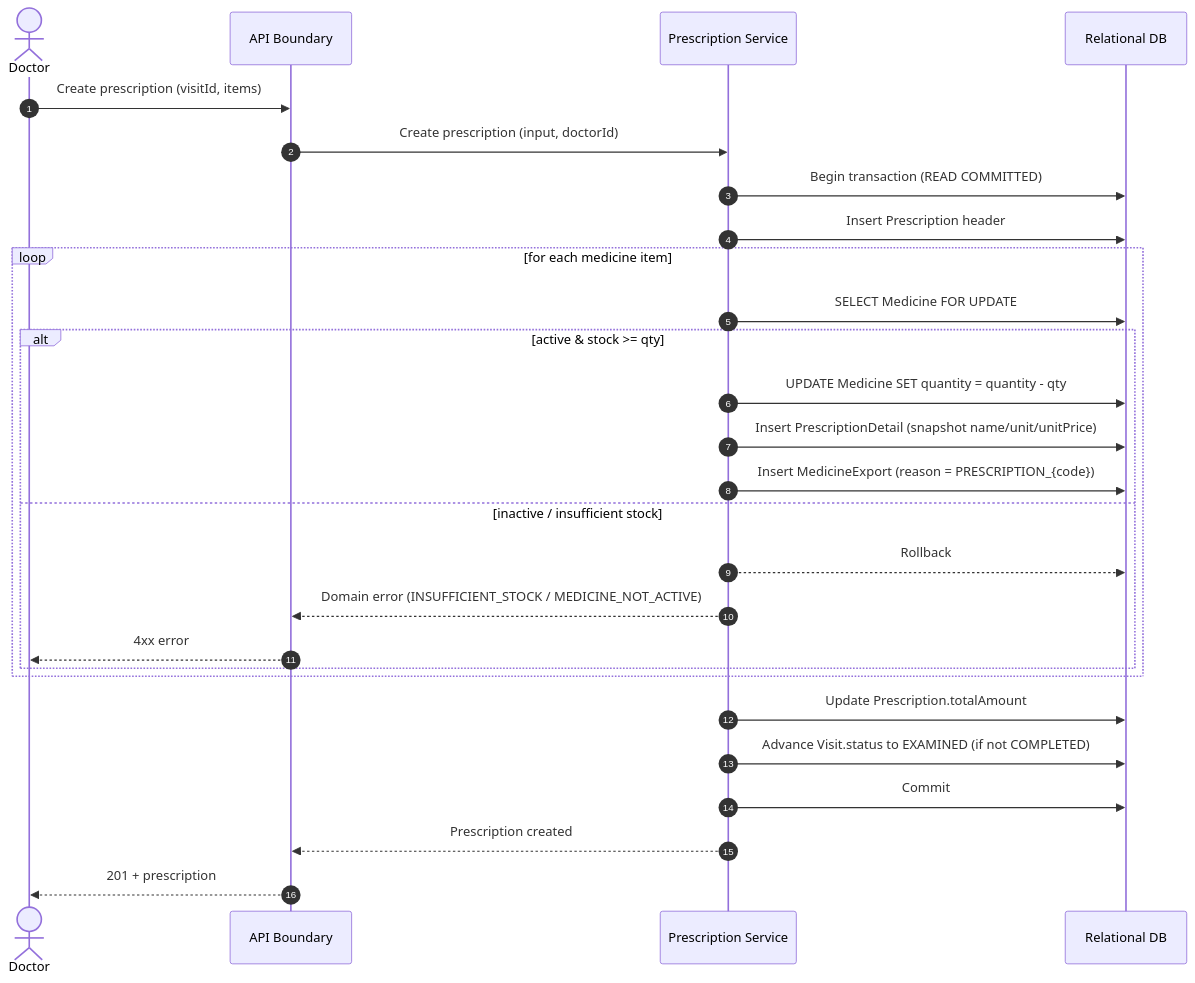
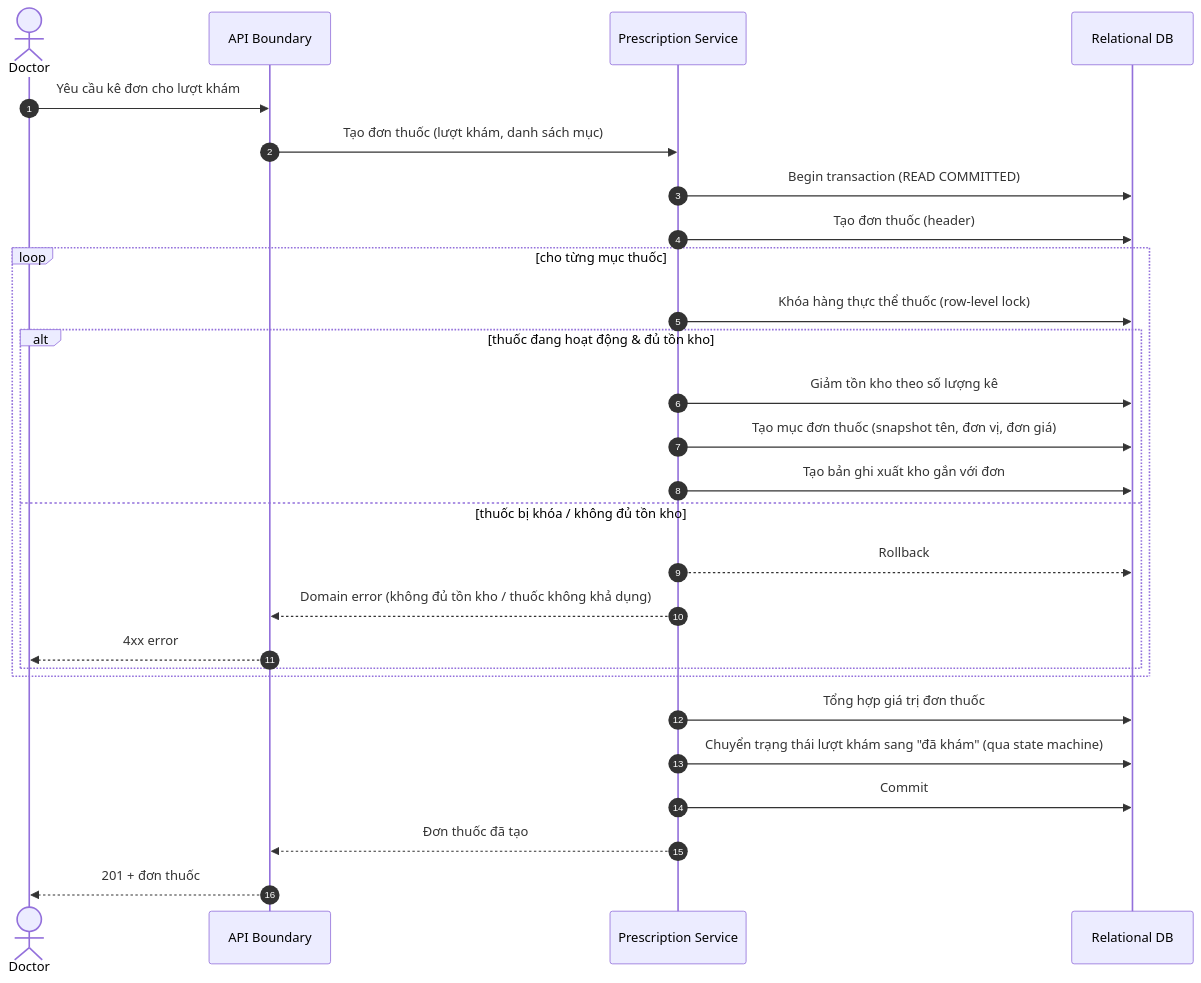
Before and after one commit to MinhThienNguyen040905/SE356---He-thong-phong-kham: the sixth of 12 diagrams in Docs/ADD.md, drawn with Mermaid. The commit also changed other lines of this file, not shown here.

````diff
--- a/Docs/ADD.md
+++ b/Docs/ADD.md
@@ -682,30 +682,30 @@
 ```mermaid
 sequenceDiagram
     autonumber
     actor D as Doctor
     participant API as API Boundary
     participant RX as Prescription Service
     participant DB as Relational DB
 
-    D->>API: Create prescription (visitId, items)
-    API->>RX: Create prescription (input, doctorId)
+    D->>API: Yêu cầu kê đơn cho lượt khám
+    API->>RX: Tạo đơn thuốc (lượt khám, danh sách mục)
     RX->>DB: Begin transaction (READ COMMITTED)
-    RX->>DB: Insert Prescription header
-    loop for each medicine item
-        RX->>DB: SELECT Medicine FOR UPDATE
-        alt active & stock >= qty
-            RX->>DB: UPDATE Medicine SET quantity = quantity - qty
-            RX->>DB: Insert PrescriptionDetail (snapshot name/unit/unitPrice)
-            RX->>DB: Insert MedicineExport (reason = PRESCRIPTION_{code})
-        else inactive / insufficient stock
+    RX->>DB: Tạo đơn thuốc (header)
+    loop cho từng mục thuốc
+        RX->>DB: Khóa hàng thực thể thuốc (row-level lock)
+        alt thuốc đang hoạt động & đủ tồn kho
+            RX->>DB: Giảm tồn kho theo số lượng kê
+            RX->>DB: Tạo mục đơn thuốc (snapshot tên, đơn vị, đơn giá)
+            RX->>DB: Tạo bản ghi xuất kho gắn với đơn
+        else thuốc bị khóa / không đủ tồn kho
             RX-->>DB: Rollback
-            RX-->>API: Domain error (INSUFFICIENT_STOCK / MEDICINE_NOT_ACTIVE)
+            RX-->>API: Domain error (không đủ tồn kho / thuốc không khả dụng)
             API-->>D: 4xx error
         end
     end
-    RX->>DB: Update Prescription.totalAmount
-    RX->>DB: Advance Visit.status to EXAMINED (if not COMPLETED)
+    RX->>DB: Tổng hợp giá trị đơn thuốc
+    RX->>DB: Chuyển trạng thái lượt khám sang "đã khám" (qua state machine)
     RX->>DB: Commit
-    RX-->>API: Prescription created
-    API-->>D: 201 + prescription
+    RX-->>API: Đơn thuốc đã tạo
+    API-->>D: 201 + đơn thuốc
 ```
````
